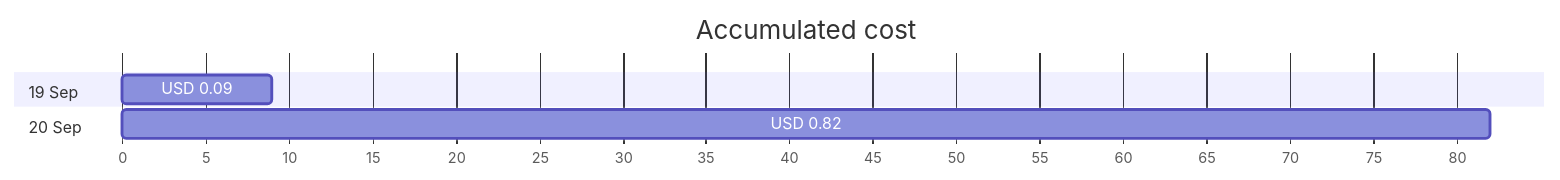
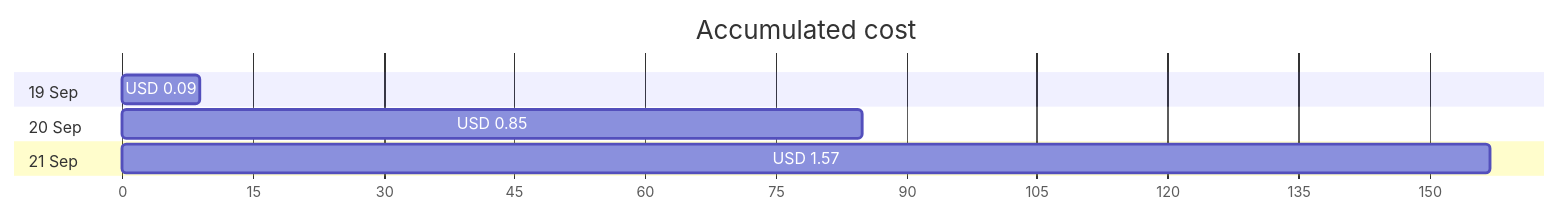
The first of 4 diagrams in cost-reports/personal-network/backup-server-data-disk.md (jpfulton/azure-personal-reports), drawn with Mermaid before and after one commit. The commit also changed other lines of this file and 9 other files, not shown here.

````diff
--- a/cost-reports/personal-network/backup-server-data-disk.md
+++ b/cost-reports/personal-network/backup-server-data-disk.md
@@ -20,10 +20,12 @@
 ```mermaid
 gantt
    title Accumulated cost
    dateFormat  X
    axisFormat %s
    section 19 Sep
    USD 0.09 :0, 9
    section 20 Sep
-   USD 0.82 :0, 82
+   USD 0.85 :0, 85
+   section 21 Sep
+   USD 1.57 :0, 157
 ```
````
